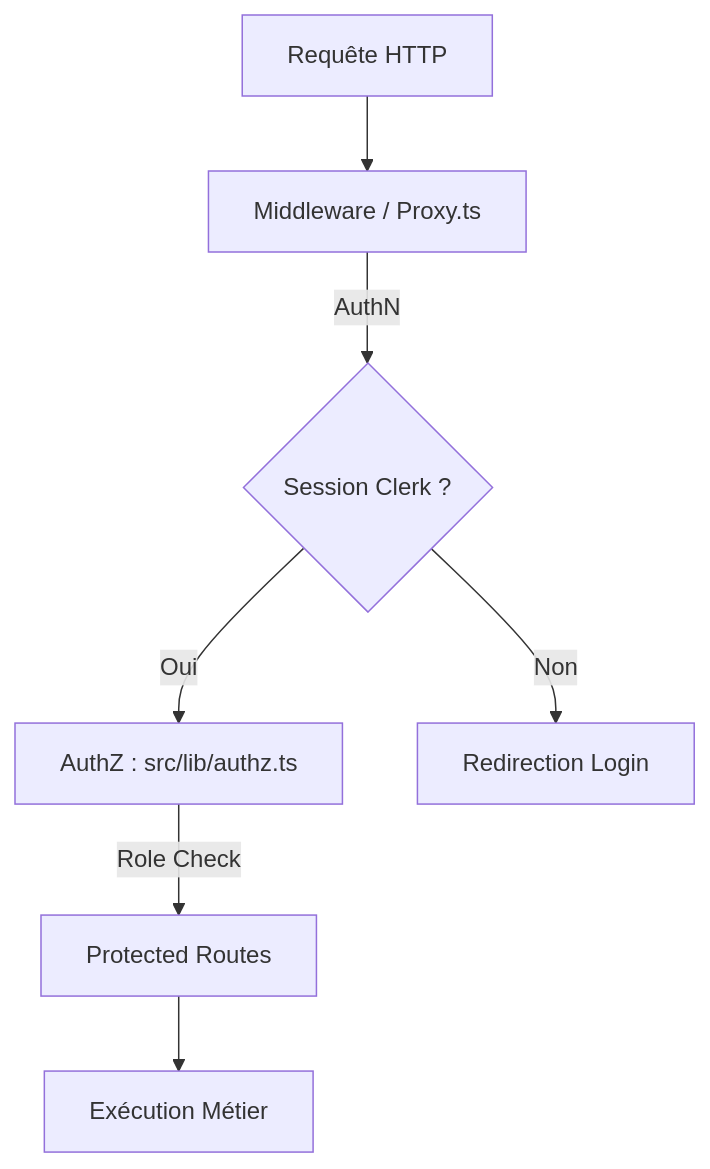
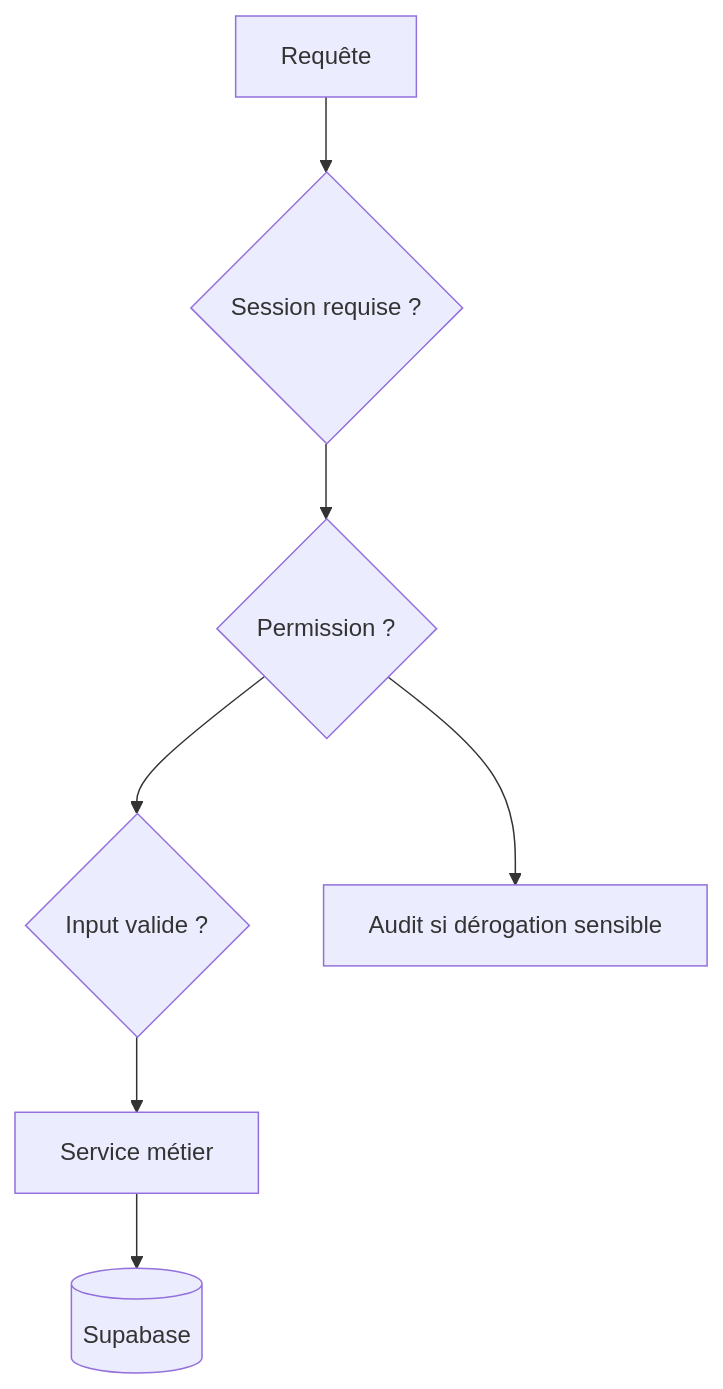
Before and after one commit to maxd4/CleanmyMap: the third of 3 diagrams in documentation/architecture/master-architecture.md, drawn with Mermaid. The commit also changed other lines of this file and 58 other files, not shown here.

````diff
--- a/documentation/architecture/master-architecture.md
+++ b/documentation/architecture/master-architecture.md
@@ -70,10 +214,9 @@
 ```mermaid
 flowchart TD
-    REQ[Requête HTTP] --> MW[Middleware / Proxy.ts]
-    MW -->|AuthN| CLERK_VAL{Session Clerk ?}
-    CLERK_VAL -- Oui --> AUTHZ[AuthZ : src/lib/authz.ts]
-    AUTHZ -->|Role Check| PROTECTED[Protected Routes]
-    PROTECTED --> EXEC[Exécution Métier]
-    
-    CLERK_VAL -- Non --> REDIRECT[Redirection Login]
+  REQ[Requête] --> AUTHN{Session requise ?}
+  AUTHN --> AUTHZ{Permission ?}
+  AUTHZ --> VALIDATE{Input valide ?}
+  VALIDATE --> DOMAIN[Service métier]
+  DOMAIN --> DATA[(Supabase)]
+  AUTHZ --> AUDIT[Audit si dérogation sensible]
 ```
````
